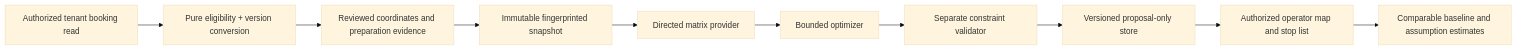
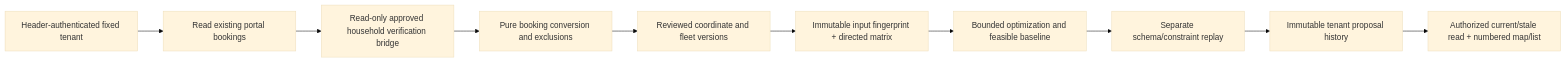
Before and after one commit to NethraVenkat/ReCircuit: the diagram in docs/geospatial/STAGES.md, drawn with Mermaid (base theme). The commit also changed other lines of this file and 14 other files, not shown here.

Commit message:
Finalize routing version guarantees and audited local release evidence

````diff
--- a/docs/geospatial/STAGES.md
+++ b/docs/geospatial/STAGES.md
@@ -26,12 +20,12 @@
 ```mermaid
 flowchart LR
- A[Authorized tenant booking read] --> B[Pure eligibility + version conversion]
- B --> C[Reviewed coordinates and preparation evidence]
- C --> D[Immutable fingerprinted snapshot]
- D --> E[Directed matrix provider]
- E --> F[Bounded optimizer]
- F --> G[Separate constraint validator]
- G --> H[Versioned proposal-only store]
- H --> I[Authorized operator map and stop list]
- I --> J[Comparable baseline and assumption estimates]
+ A[Header-authenticated fixed tenant] --> B[Read existing portal bookings]
+ B --> C[Read-only approved household verification bridge]
+ C --> D[Pure booking conversion and exclusions]
+ D --> E[Reviewed coordinate and fleet versions]
+ E --> F[Immutable input fingerprint + directed matrix]
+ F --> G[Bounded optimization and feasible baseline]
+ G --> H[Separate schema/constraint replay]
+ H --> I[Immutable tenant proposal history]
+ I --> J[Authorized current/stale read + numbered map/list]
 ```
````
